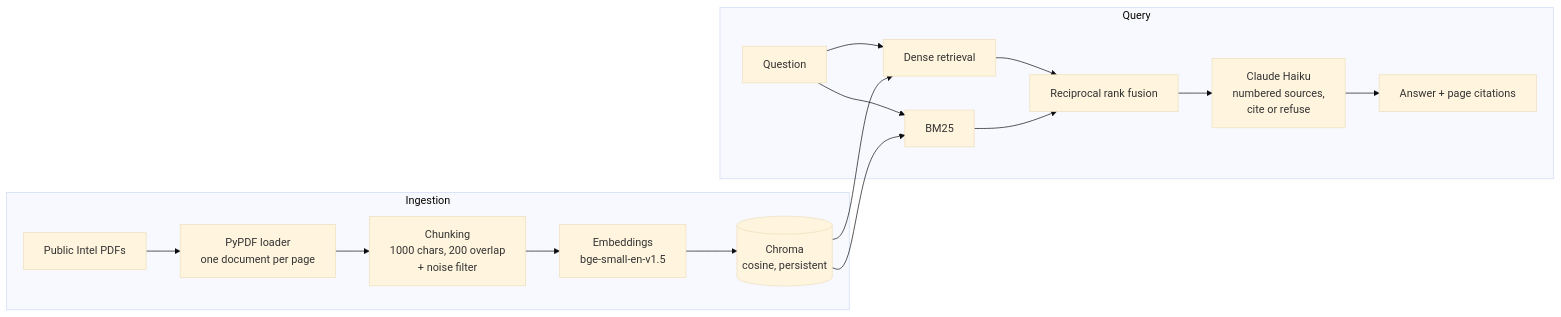
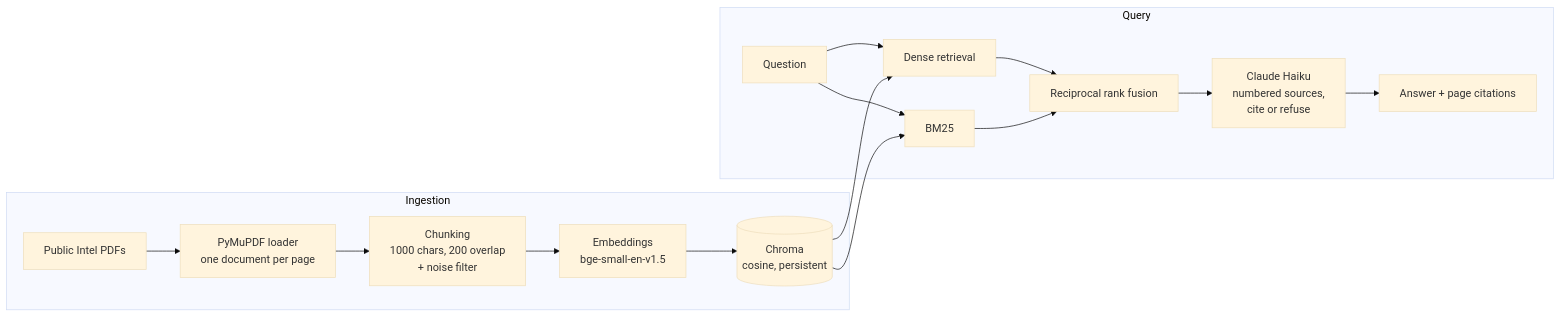
One commit to aishvadla/gpu-dev-assist changed the diagram in README.md. Above: the diagram before and after it, drawn with Mermaid (base theme). The commit also changed other lines of this file and 7 other files, not shown here.

````diff
--- a/README.md
+++ b/README.md
@@ -56,19 +62,19 @@
 ```mermaid
 flowchart LR
     subgraph Ingestion
-        A[Public Intel PDFs] --> B[PyPDF loader<br/>one document per page]
+        A[Public Intel PDFs] --> B[PyMuPDF loader<br/>one document per page]
         B --> C[Chunking<br/>1000 chars, 200 overlap<br/>+ noise filter]
         C --> D[Embeddings<br/>bge-small-en-v1.5]
         D --> E[(Chroma<br/>cosine, persistent)]
     end
     subgraph Query
         Q[Question] --> R1[Dense retrieval]
         Q --> R2[BM25]
         R1 --> F[Reciprocal rank fusion]
         R2 --> F
         F --> G[Claude Haiku<br/>numbered sources,<br/>cite or refuse]
         G --> H[Answer + page citations]
     end
     E --> R1
     E --> R2
 ```
````
